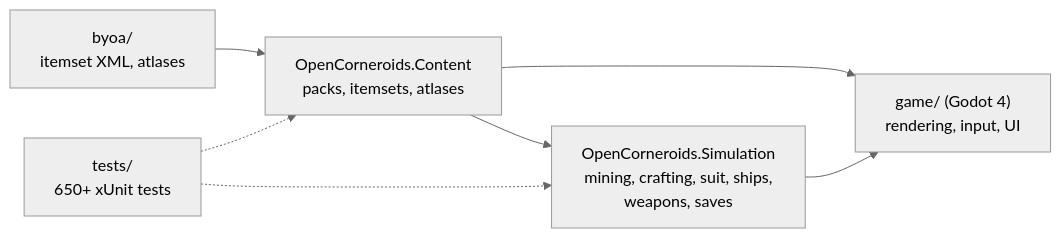
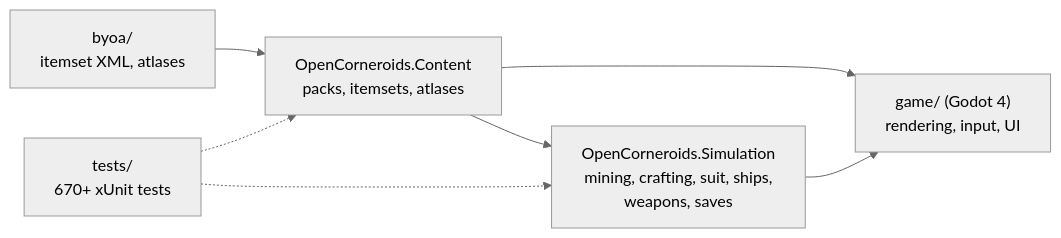
One commit to olekkut/open-corneroids changed the diagram in README.md. Above: the diagram before and after it, drawn with Mermaid (neutral theme). The commit also changed other lines of this file and 43 other files, not shown here.

````diff
--- a/README.md
+++ b/README.md
@@ -107,9 +112,9 @@
 ```mermaid
 flowchart LR
     byoa["byoa/<br/>itemset XML, atlases"] --> content["OpenCorneroids.Content<br/>packs, itemsets, atlases"]
     content --> sim["OpenCorneroids.Simulation<br/>mining, crafting, suit, ships,<br/>weapons, saves"]
     content --> game["game/ (Godot 4)<br/>rendering, input, UI"]
     sim --> game
-    tests["tests/<br/>650+ xUnit tests"] -.-> content
+    tests["tests/<br/>670+ xUnit tests"] -.-> content
     tests -.-> sim
 ```
````
